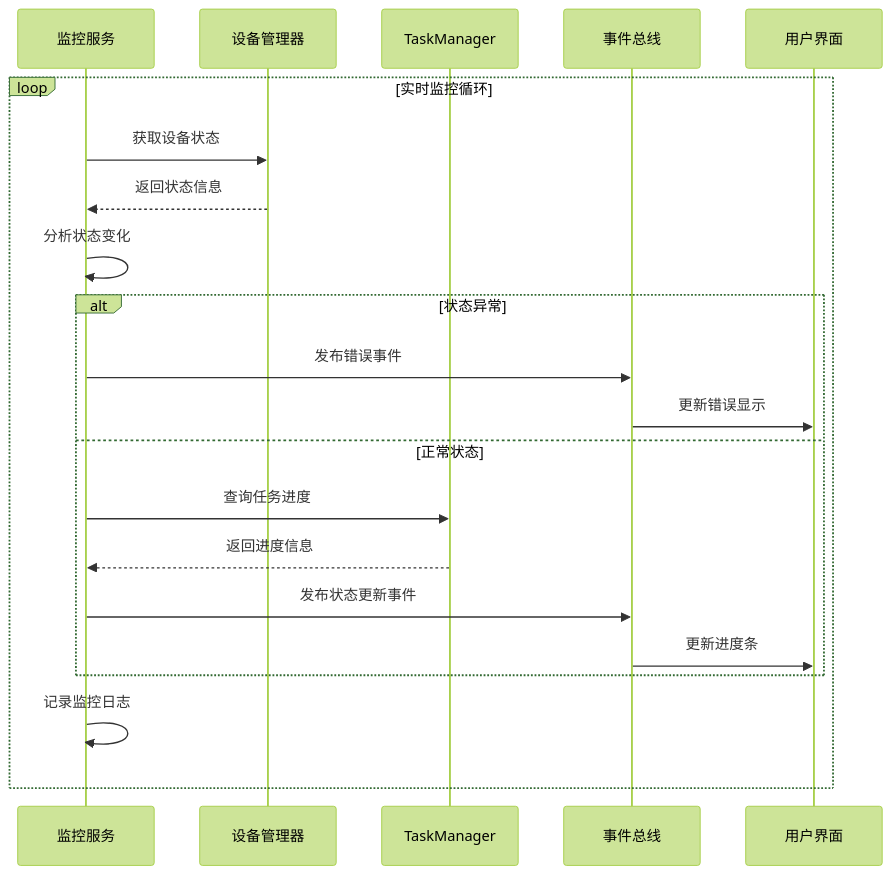
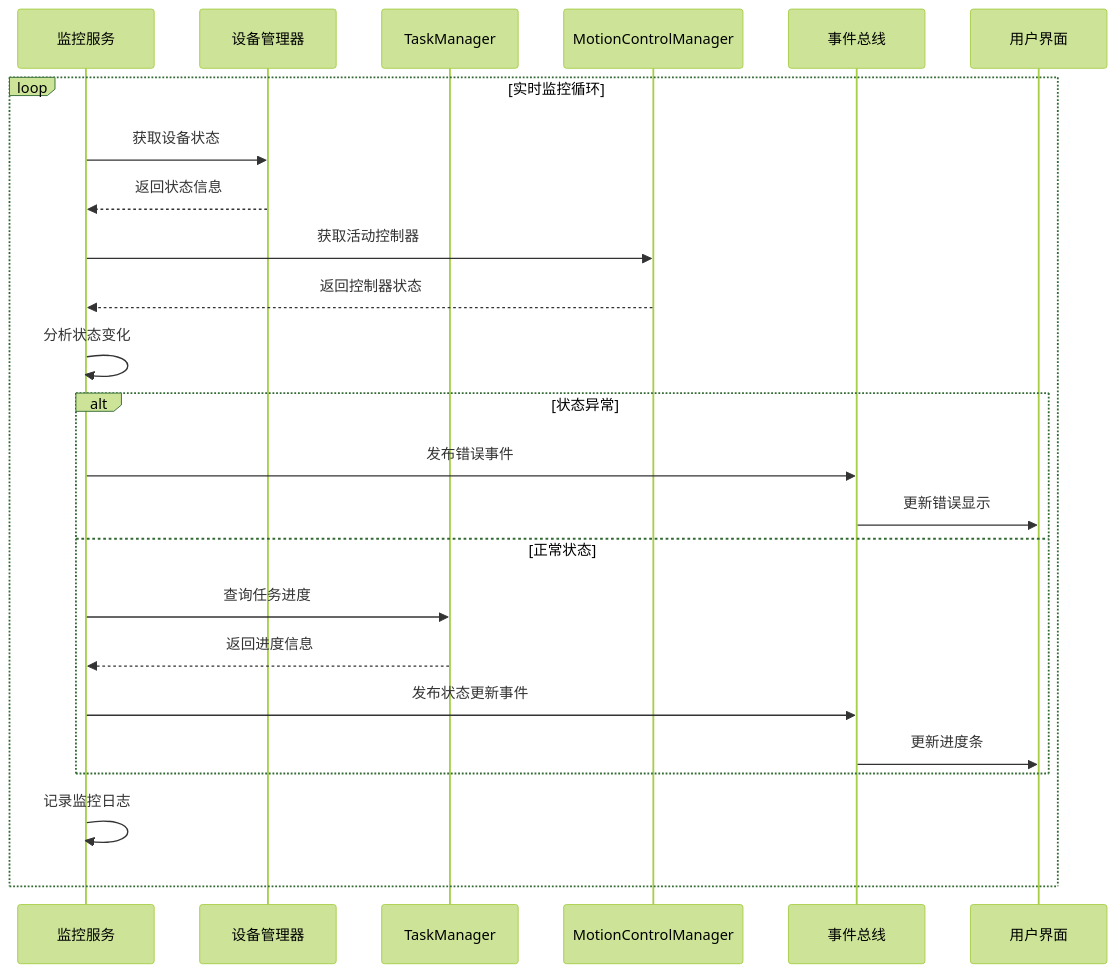
Before and after one commit to super1wang/LaserCNCv1.0: the sixth of 26 diagrams in .qoder/repowiki/zh/content/项目概述/模块设计/Process模块设计/Process模块服务管理架构改进.md, drawn with Mermaid (forest theme). The commit also changed other lines of this file and 25 other files, not shown here.

````diff
--- a/.qoder/repowiki/zh/content/项目概述/模块设计/Process模块设计/Process模块服务管理架构改进.md
+++ b/.qoder/repowiki/zh/content/项目概述/模块设计/Process模块设计/Process模块服务管理架构改进.md
@@ -428,23 +487,26 @@
 ```mermaid
 sequenceDiagram
 participant Monitor as 监控服务
 participant Device as 设备管理器
 participant TaskMgr as TaskManager
+participant MotionCtlMgr as MotionControlManager
 participant Event as 事件总线
 participant UI as 用户界面
 loop 实时监控循环
 Monitor->>Device : 获取设备状态
 Device-->>Monitor : 返回状态信息
+Monitor->>MotionCtlMgr : 获取活动控制器
+MotionCtlMgr-->>Monitor : 返回控制器状态
 Monitor->>Monitor : 分析状态变化
 alt 状态异常
 Monitor->>Event : 发布错误事件
 Event->>UI : 更新错误显示
 else 正常状态
 Monitor->>TaskMgr : 查询任务进度
 TaskMgr-->>Monitor : 返回进度信息
 Monitor->>Event : 发布状态更新事件
 Event->>UI : 更新进度条
 end
 Monitor->>Monitor : 记录监控日志
 end
 ```
````
